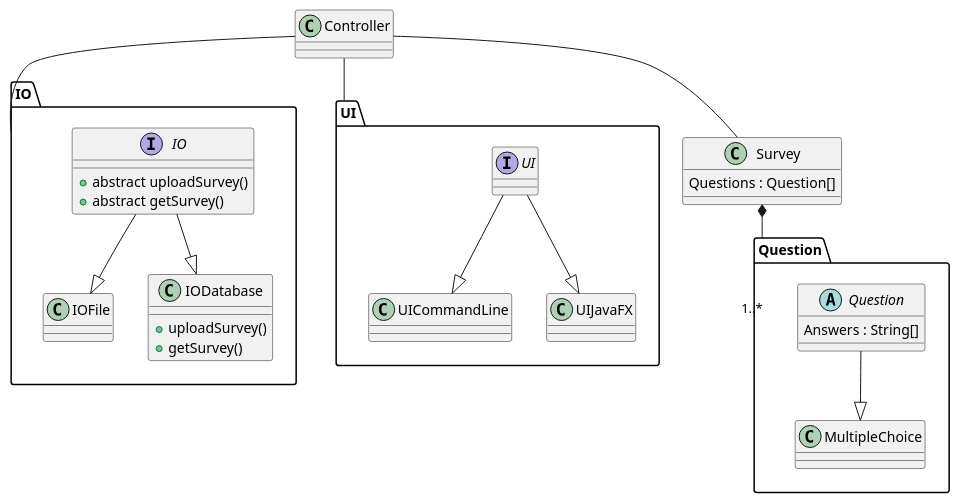
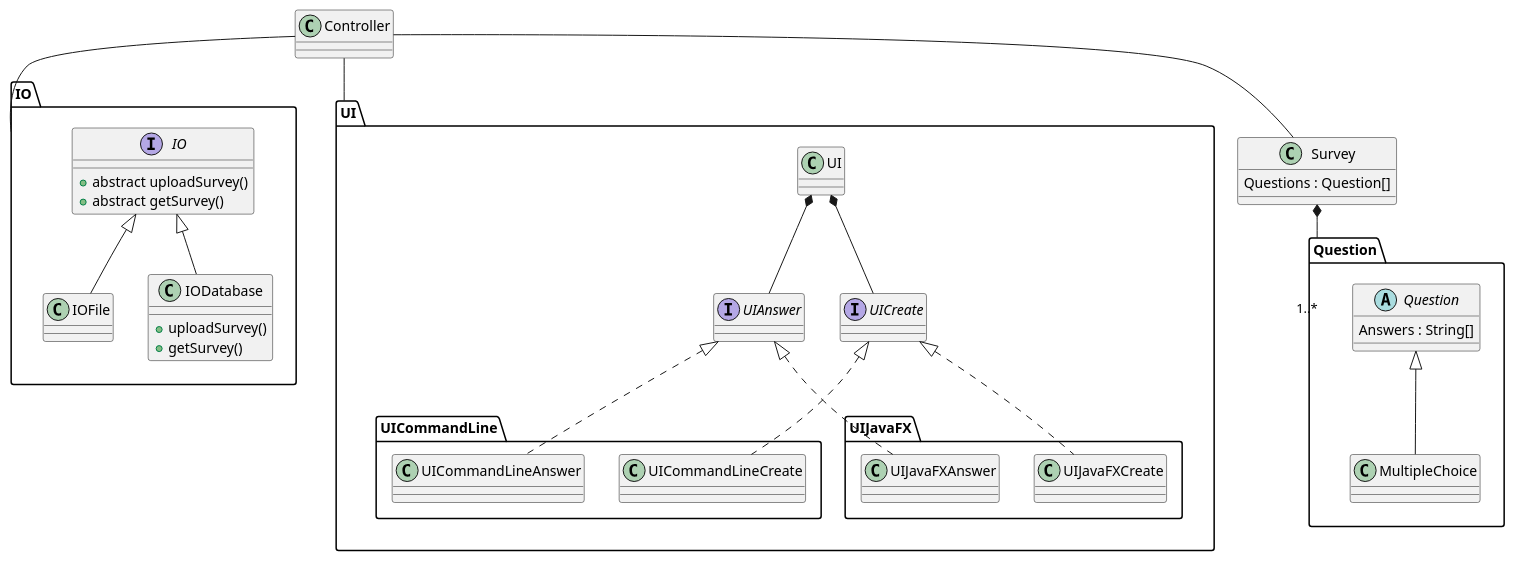
One commit to DeRp-DaWg/SP4 changed the diagram in doc/Class Diagram.puml. Above: the diagram before and after it, drawn with PlantUML.

Commit message:
Documentation

```diff
--- a/doc/Class Diagram.puml
+++ b/doc/Class Diagram.puml
@@ -1,63 +1,82 @@
 @startuml
 'https://plantuml.com/class-diagram
 
 package Question {
     abstract class Question {
         Answers : String[]
     }
 
     class MultipleChoice {
     }
 
     'class CheckboxChoice {'
     '}'
 
-    Question --|> MultipleChoice
-    'Question --|> CheckboxChoice'
+    Question <|-- MultipleChoice
+    'Question <|-- CheckboxChoice'
 }
 
 class Survey {
     Questions : Question[]
 }
 
 Survey *--"1..*" Question
 
 
 package IO {
     interface IO {
         +abstract uploadSurvey()
         +abstract getSurvey()
     }
 
     class IOFile {
     }
 
     class IODatabase {
         +uploadSurvey()
         +getSurvey()
     }
 
-    IO --|> IOFile
-    IO --|> IODatabase
+    IO <|-- IOFile
+    IO <|-- IODatabase
 }
 
 package UI {
-    interface UI {
+    class UI {
     }
 
-    class UICommandLine {
+    interface UIAnswer {
     }
 
-    UI --|> UICommandLine
-    UI --|> UIJavaFX
+    interface UICreate {
+    }
+
+    UI *-- UIAnswer
+    UI *-- UICreate
+    package UICommandLine {
+        class UICommandLineAnswer {
+        }
+        class UICommandLineCreate {
+        }
+    }
+    package UIJavaFX {
+        class UIJavaFXAnswer {
+        }
+        class UIJavaFXCreate {
+        }
+    }
+    UIAnswer <|.. UICommandLineAnswer
+    UIAnswer <|.. UIJavaFXAnswer
+    UICreate <|.. UICommandLineCreate
+    UICreate <|.. UIJavaFXCreate
 }
 
 class Controller {
 }
 
 Controller -- Survey
 Controller -- IO
 Controller -- UI
 
 
 @enduml
```
